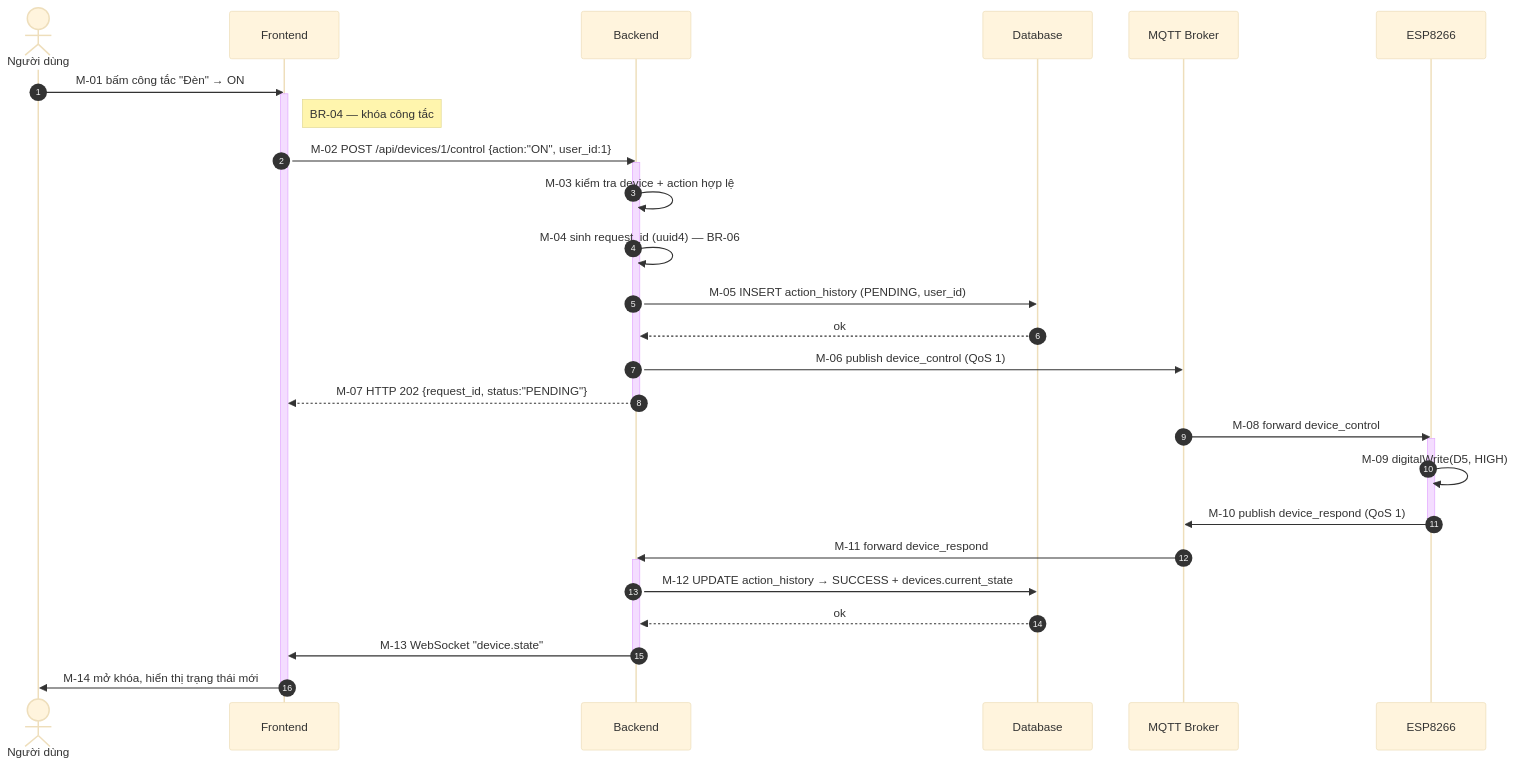
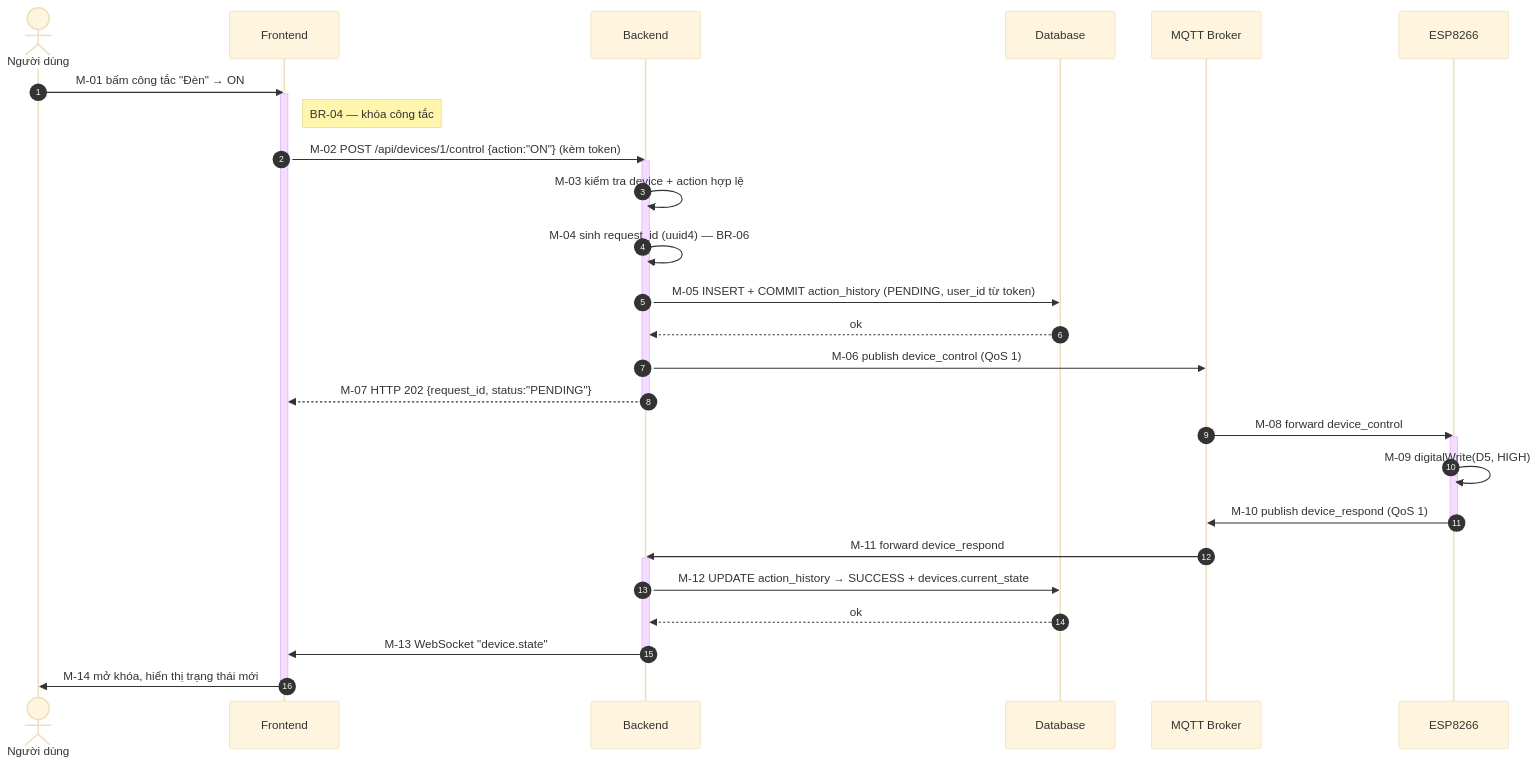
One commit to B23DCAT011/IOT changed the second of 13 diagrams in docs/03-Sequence.md. Above: the diagram before and after it, drawn with Mermaid (base theme). The commit also changed other lines of this file and 13 other files, not shown here.

````diff
--- a/docs/03-Sequence.md
+++ b/docs/03-Sequence.md
@@ -161,36 +161,36 @@
 ```mermaid
 sequenceDiagram
     autonumber
     actor User as Người dùng
     participant FE as Frontend
     participant BE as Backend
     participant DB as Database
     participant MQ as MQTT Broker
     participant HW as ESP8266
 
     User->>FE: M-01 bấm công tắc "Đèn" → ON
     activate FE
     Note right of FE: BR-04 — khóa công tắc
-    FE->>BE: M-02 POST /api/devices/1/control {action:"ON", user_id:1}
+    FE->>BE: M-02 POST /api/devices/1/control {action:"ON"} (kèm token)
     activate BE
     BE->>BE: M-03 kiểm tra device + action hợp lệ
     BE->>BE: M-04 sinh request_id (uuid4) — BR-06
-    BE->>DB: M-05 INSERT action_history (PENDING, user_id)
+    BE->>DB: M-05 INSERT + COMMIT action_history (PENDING, user_id từ token)
     DB-->>BE: ok
     BE->>MQ: M-06 publish device_control (QoS 1)
     BE-->>FE: M-07 HTTP 202 {request_id, status:"PENDING"}
     deactivate BE
     MQ->>HW: M-08 forward device_control
     activate HW
     HW->>HW: M-09 digitalWrite(D5, HIGH)
     HW->>MQ: M-10 publish device_respond (QoS 1)
     deactivate HW
     MQ->>BE: M-11 forward device_respond
     activate BE
     BE->>DB: M-12 UPDATE action_history → SUCCESS + devices.current_state
     DB-->>BE: ok
     BE->>FE: M-13 WebSocket "device.state"
     deactivate BE
     FE->>User: M-14 mở khóa, hiển thị trạng thái mới
     deactivate FE
 ```
````
